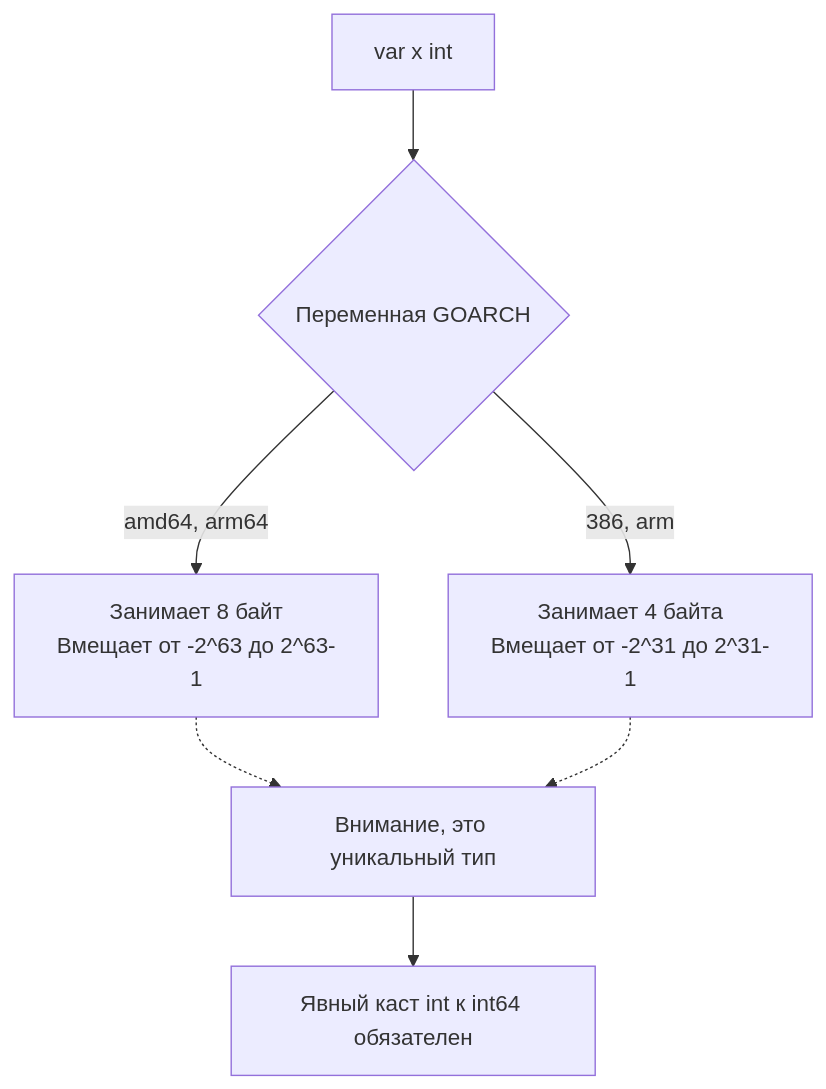
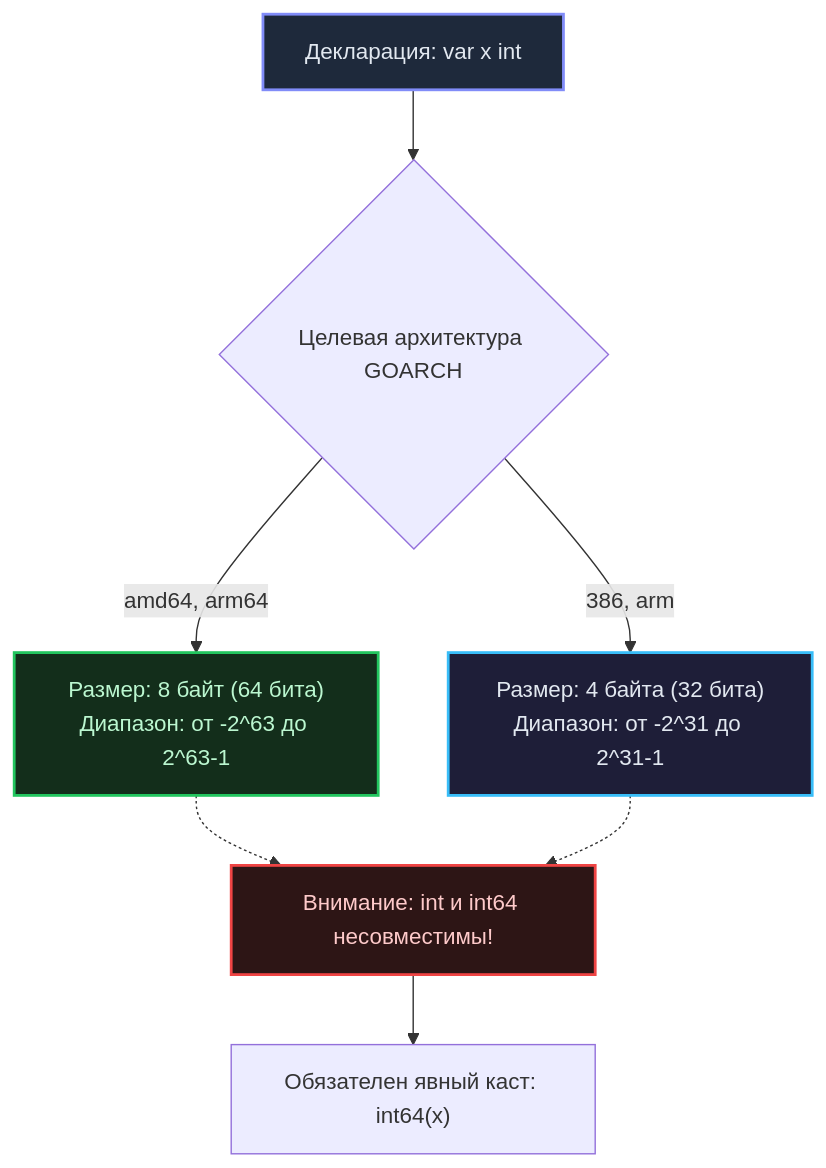
One commit to UnrealTemplier/go-textbook changed the diagram in sources/5. Учебник по Go (Основы и синтаксис)/6. Базовые типы данных. int, float, bool, string.md. Above: the diagram before and after it, drawn with Mermaid. The commit also changed other lines of this file, not shown here.

````diff
--- a/sources/5. Учебник по Go (Основы и синтаксис)/6. Базовые типы данных. int, float, bool, string.md
+++ b/sources/5. Учебник по Go (Основы и синтаксис)/6. Базовые типы данных. int, float, bool, string.md
@@ -21,10 +28,15 @@
 ```mermaid
 flowchart TD
-    Source["var x int"] --> Compiler{"Переменная GOARCH"}
-    Compiler -->|amd64, arm64| A64["Занимает 8 байт<br>Вмещает от -2^63 до 2^63-1"]
-    Compiler -->|386, arm| A32["Занимает 4 байта<br>Вмещает от -2^31 до 2^31-1"]
+    Source["Декларация: var x int"] --> Compiler{"Целевая архитектура GOARCH"}
+    Compiler -->|amd64, arm64| A64["Размер: 8 байт (64 бита)<br>Диапазон: от -2^63 до 2^63-1"]
+    Compiler -->|386, arm| A32["Размер: 4 байта (32 бита)<br>Диапазон: от -2^31 до 2^31-1"]
     
-    A64 -.-> TypeMismatch["Внимание, это уникальный тип"]
+    A64 -.-> TypeMismatch["Внимание: int и int64 несовместимы!"]
     A32 -.-> TypeMismatch
-    TypeMismatch --> Explicit["Явный каст int к int64 обязателен"]
+    TypeMismatch --> Explicit["Обязателен явный каст: int64(x)"]
+    
+    style Source fill:#1e293b,stroke:#818cf8,stroke-width:2px,color:#e2e8f0
+    style A64 fill:#132e1b,stroke:#22c55e,stroke-width:2px,color:#bbf7d0
+    style A32 fill:#1e1e38,stroke:#38bdf8,stroke-width:2px,color:#e2e8f0
+    style TypeMismatch fill:#2d1515,stroke:#ef4444,stroke-width:2px,color:#fecaca
 ```
````
